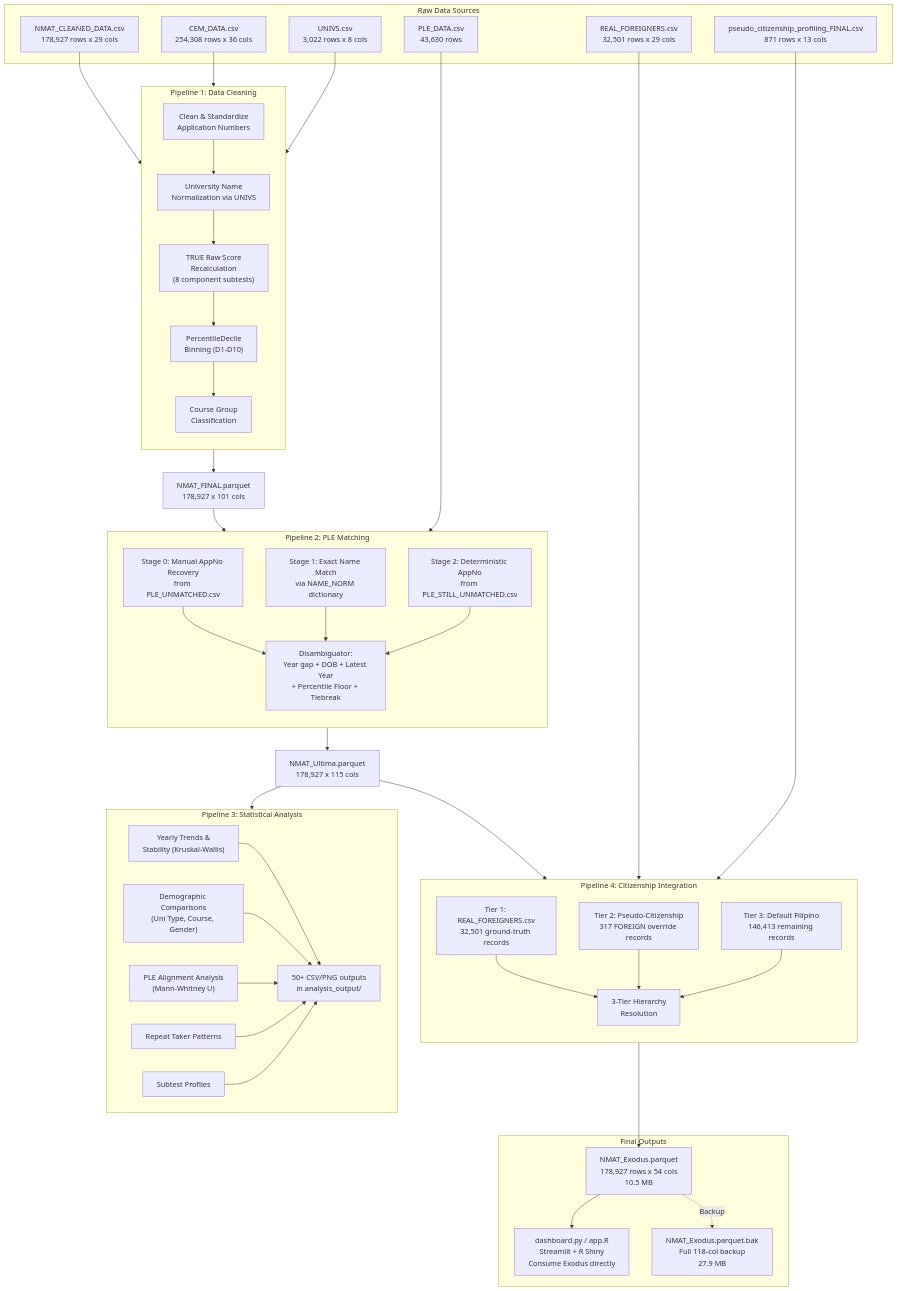
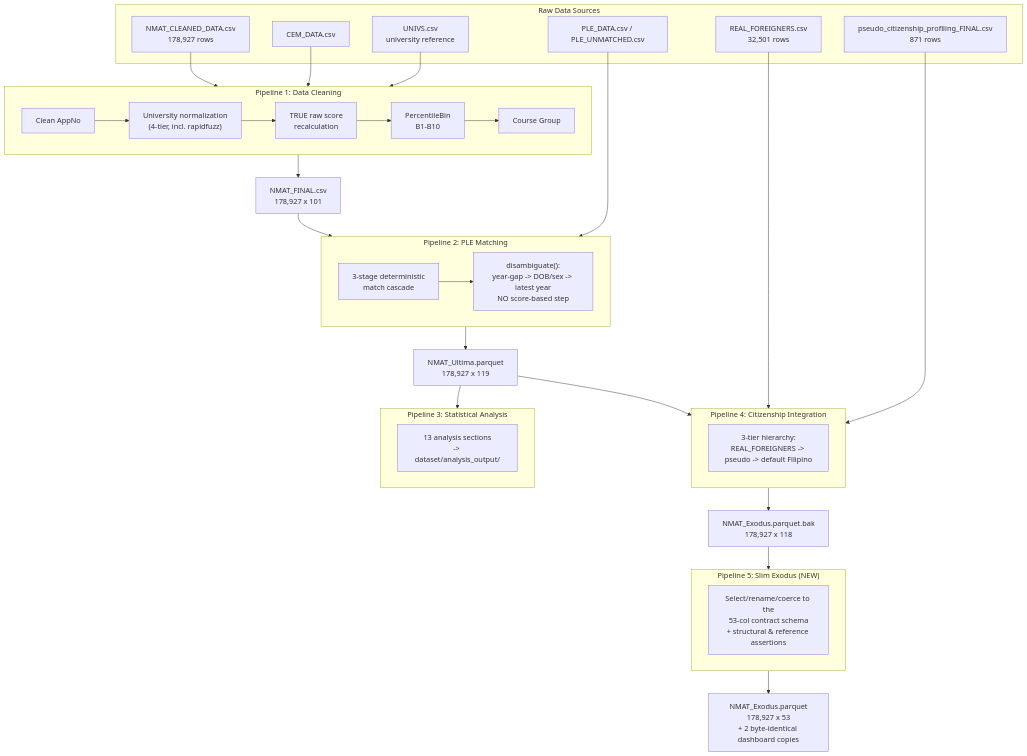
One commit to yoshiii1203/NMAT-Main-Repository changed the first of 3 diagrams in docs/pipeline_architecture.md. Above: the diagram before and after it, drawn with Mermaid. The commit also changed other lines of this file and 5 other files, not shown here.

````diff
--- a/docs/pipeline_architecture.md
+++ b/docs/pipeline_architecture.md
@@ -25,72 +32,41 @@
 ```mermaid
 flowchart TB
     subgraph INPUTS["Raw Data Sources"]
-        A1["NMAT_CLEANED_DATA.csv<br/>178,927 rows x 29 cols"]
-        A2["CEM_DATA.csv<br/>254,308 rows x 36 cols"]
-        A3["UNIVS.csv<br/>3,022 rows x 8 cols"]
-        A4["PLE_DATA.csv<br/>43,630 rows"]
-        A5["REAL_FOREIGNERS.csv<br/>32,501 rows x 29 cols"]
-        A6["pseudo_citizenship_profiling_FINAL.csv<br/>871 rows x 13 cols"]
+        A1["NMAT_CLEANED_DATA.csv<br/>178,927 rows"]
+        A2["CEM_DATA.csv"]
+        A3["UNIVS.csv<br/>university reference"]
+        A4["PLE_DATA.csv / PLE_UNMATCHED.csv"]
+        A5["REAL_FOREIGNERS.csv<br/>32,501 rows"]
+        A6["pseudo_citizenship_profiling_FINAL.csv<br/>871 rows"]
     end
 
     subgraph P1["Pipeline 1: Data Cleaning"]
-        direction TB
-        B1["Clean & Standardize<br/>Application Numbers"]
-        B2["University Name<br/>Normalization via UNIVS"]
-        B3["TRUE Raw Score<br/>Recalculation<br/>(8 component subtests)"]
-        B4["PercentileDecile<br/>Binning (D1-D10)"]
-        B5["Course Group<br/>Classification"]
-        B1 --> B2 --> B3 --> B4 --> B5
+        B1["Clean AppNo"] --> B2["University normalization<br/>(4-tier, incl. rapidfuzz)"] --> B3["TRUE raw score<br/>recalculation"] --> B4["PercentileBin<br/>B1-B10"] --> B5["Course Group"]
     end
 
     subgraph P2["Pipeline 2: PLE Matching"]
-        direction TB
-        C1["Stage 0: Manual AppNo Recovery<br/>from PLE_UNMATCHED.csv"]
-        C2["Stage 1: Exact Name Match<br/>via NAME_NORM dictionary"]
-        C3["Stage 2: Deterministic AppNo<br/>from PLE_STILL_UNMATCHED.csv"]
-        C4["Disambiguator:<br/>Year gap + DOB + Latest Year<br/>+ Percentile Floor + Tiebreak"]
-        C1 --> C4
-        C2 --> C4
-        C3 --> C4
+        C1["3-stage deterministic<br/>match cascade"] --> C4["disambiguate():<br/>year-gap -> DOB/sex -> latest year<br/>NO score-based step"]
     end
 
     subgraph P3["Pipeline 3: Statistical Analysis"]
-        D1["Yearly Trends &<br/>Stability (Kruskal-Wallis)"]
-        D2["Demographic Comparisons<br/>(Uni Type, Course, Gender)"]
-        D3["PLE Alignment Analysis<br/>(Mann-Whitney U)"]
-        D4["Repeat Taker Patterns"]
-        D5["Subtest Profiles"]
-        D6["50+ CSV/PNG outputs<br/>in analysis_output/"]
-        D1 --> D6
-        D2 --> D6
-        D3 --> D6
-        D4 --> D6
-        D5 --> D6
+        D1["13 analysis sections<br/>-> dataset/analysis_output/"]
     end
 
     subgraph P4["Pipeline 4: Citizenship Integration"]
-        direction TB
-        E1["Tier 1: REAL_FOREIGNERS.csv<br/>32,501 ground-truth records"]
-        E2["Tier 2: Pseudo-Citizenship<br/>317 FOREIGN override records"]
-        E3["Tier 3: Default Filipino<br/>146,413 remaining records"]
-        E1 --> E4["3-Tier Hierarchy<br/>Resolution"]
-        E2 --> E4
-        E3 --> E4
+        E1["3-tier hierarchy:<br/>REAL_FOREIGNERS -> pseudo -> default Filipino"]
     end
 
-    subgraph OUTPUT["Final Outputs"]
-        F1["NMAT_Exodus.parquet<br/>178,927 rows x 54 cols<br/>10.5 MB"]
-        F2["NMAT_Exodus.parquet.bak<br/>Full 118-col backup<br/>27.9 MB"]
-        F3["dashboard.py / app.R<br/>Streamlit + R Shiny<br/>Consume Exodus directly"]
+    subgraph P5["Pipeline 5: Slim Exodus (NEW)"]
+        F1["Select/rename/coerce to the<br/>53-col contract schema<br/>+ structural & reference assertions"]
     end
 
     A1 & A2 & A3 --> P1
-    P1 --> B6["NMAT_FINAL.parquet<br/>178,927 x 101 cols"]
-    B6 & A4 --> P2
-    P2 --> C5["NMAT_Ultima.parquet<br/>178,927 x 115 cols"]
-    C5 --> P3
-    C5 & A5 & A6 --> P4
-    P4 --> F1
-    F1 --> F3
-    F1 -.->|Backup| F2
+    P1 --> M1["NMAT_FINAL.csv<br/>178,927 x 101"]
+    M1 & A4 --> P2
+    P2 --> M2["NMAT_Ultima.parquet<br/>178,927 x 119"]
+    M2 --> P3
+    M2 & A5 & A6 --> P4
+    P4 --> M3["NMAT_Exodus.parquet.bak<br/>178,927 x 118"]
+    M3 --> P5
+    P5 --> FINAL["NMAT_Exodus.parquet<br/>178,927 x 53<br/>+ 2 byte-identical dashboard copies"]
 ```
````
